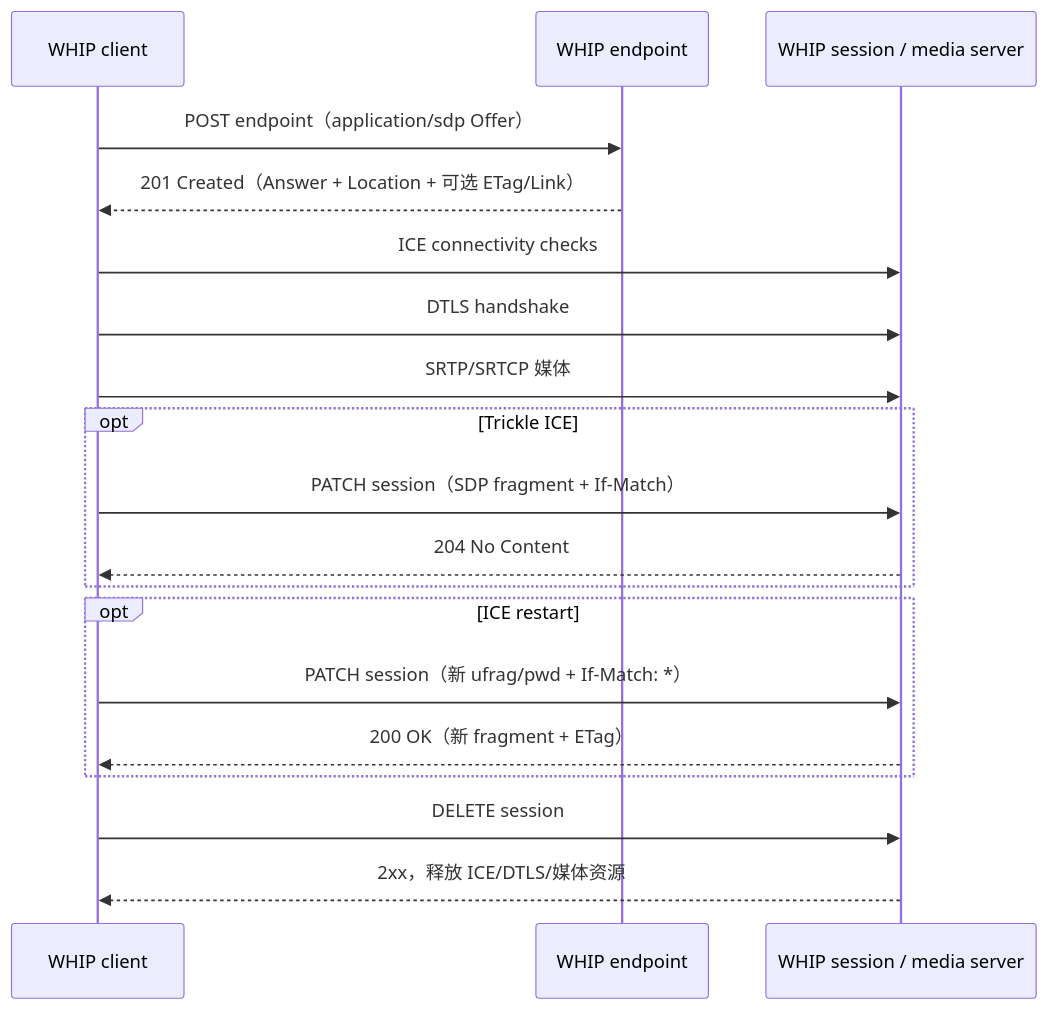
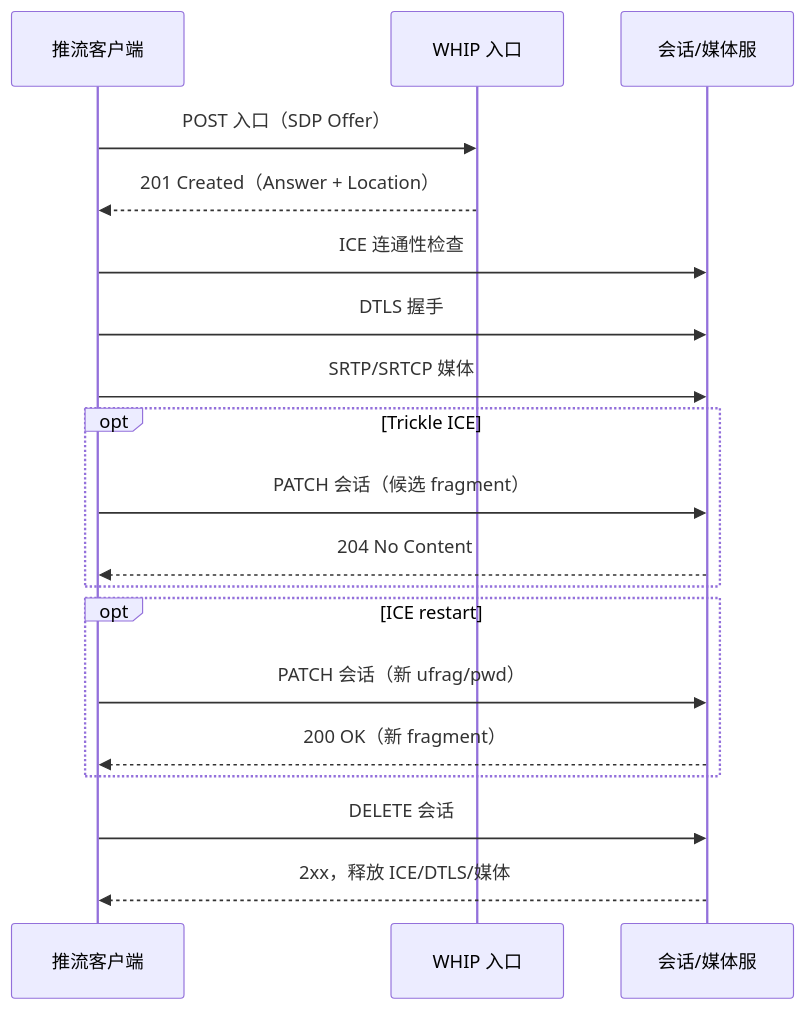
The diagram in 02-会话与连接/WHIP 与 WHEP.md (Hex4C59/RTC-notes), drawn with Mermaid before and after one commit. The commit also changed other lines of this file and 126 other files, not shown here.

````diff
--- a/02-会话与连接/WHIP 与 WHEP.md
+++ b/02-会话与连接/WHIP 与 WHEP.md
@@ -72,22 +44,22 @@
 ```mermaid
 sequenceDiagram
-    participant C as WHIP client
-    participant E as WHIP endpoint
-    participant S as WHIP session / media server
+    participant C as 推流客户端
+    participant E as WHIP 入口
+    participant S as 会话/媒体服
 
-    C->>E: POST endpoint（application/sdp Offer）
-    E-->>C: 201 Created（Answer + Location + 可选 ETag/Link）
-    C->>S: ICE connectivity checks
-    C->>S: DTLS handshake
+    C->>E: POST 入口（SDP Offer）
+    E-->>C: 201 Created（Answer + Location）
+    C->>S: ICE 连通性检查
+    C->>S: DTLS 握手
     C->>S: SRTP/SRTCP 媒体
     opt Trickle ICE
-        C->>S: PATCH session（SDP fragment + If-Match）
+        C->>S: PATCH 会话（候选 fragment）
         S-->>C: 204 No Content
     end
     opt ICE restart
-        C->>S: PATCH session（新 ufrag/pwd + If-Match: *）
-        S-->>C: 200 OK（新 fragment + ETag）
+        C->>S: PATCH 会话（新 ufrag/pwd）
+        S-->>C: 200 OK（新 fragment）
     end
-    C->>S: DELETE session
-    S-->>C: 2xx，释放 ICE/DTLS/媒体资源
+    C->>S: DELETE 会话
+    S-->>C: 2xx，释放 ICE/DTLS/媒体
 ```
````
